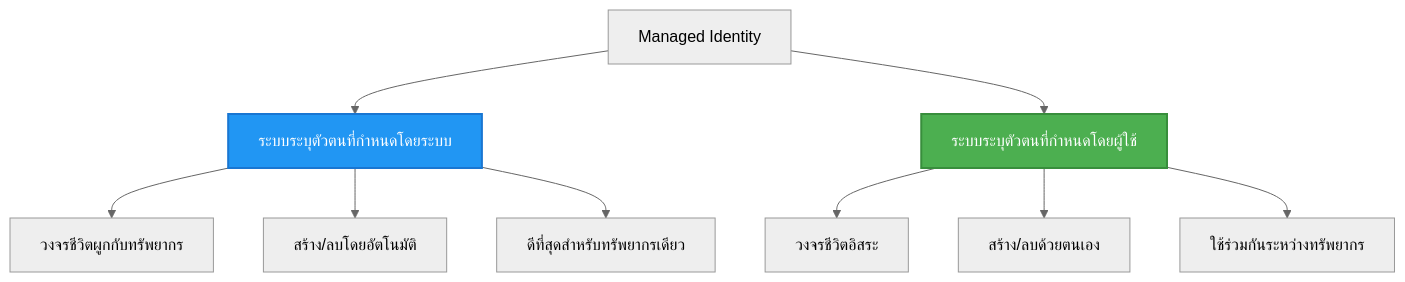
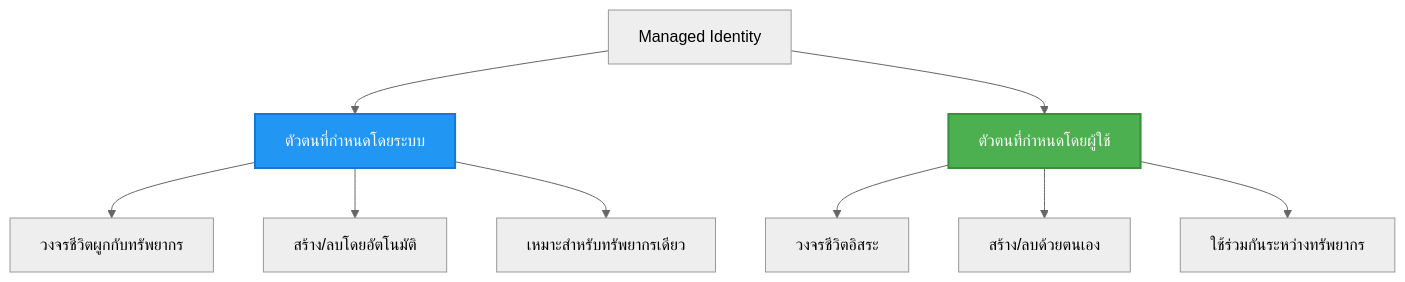
Before and after one commit to microsoft/AZD-for-beginners: the second of 2 diagrams in translations/th/docs/chapter-03-configuration/authsecurity.md, drawn with Mermaid (neutral theme). The commit also changed other lines of this file and 104 other files, not shown here.

````diff
--- a/translations/th/docs/chapter-03-configuration/authsecurity.md
+++ b/translations/th/docs/chapter-03-configuration/authsecurity.md
@@ -97,20 +98,20 @@
 ```mermaid
 graph TB
     MI[Managed Identity]
-    SystemAssigned[ระบบระบุตัวตนที่กำหนดโดยระบบ]
-    UserAssigned[ระบบระบุตัวตนที่กำหนดโดยผู้ใช้]
+    SystemAssigned[ตัวตนที่กำหนดโดยระบบ]
+    UserAssigned[ตัวตนที่กำหนดโดยผู้ใช้]
     
     MI --> SystemAssigned
     MI --> UserAssigned
     
     SystemAssigned --> SA1[วงจรชีวิตผูกกับทรัพยากร]
     SystemAssigned --> SA2[สร้าง/ลบโดยอัตโนมัติ]
-    SystemAssigned --> SA3[ดีที่สุดสำหรับทรัพยากรเดียว]
+    SystemAssigned --> SA3[เหมาะสำหรับทรัพยากรเดียว]
     
     UserAssigned --> UA1[วงจรชีวิตอิสระ]
     UserAssigned --> UA2[สร้าง/ลบด้วยตนเอง]
     UserAssigned --> UA3[ใช้ร่วมกันระหว่างทรัพยากร]
     
     style SystemAssigned fill:#2196F3,stroke:#1976D2,stroke-width:2px,color:#fff
     style UserAssigned fill:#4CAF50,stroke:#388E3C,stroke-width:2px,color:#fff
 ```
````
